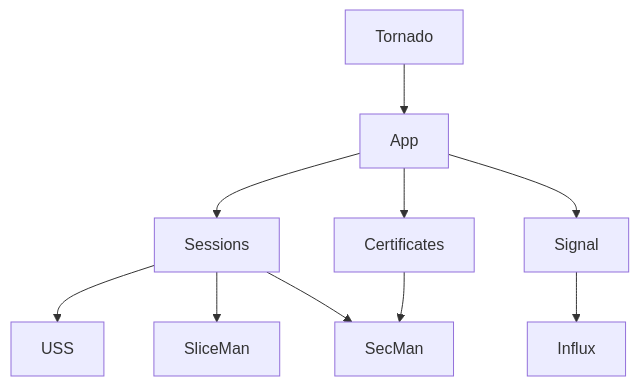
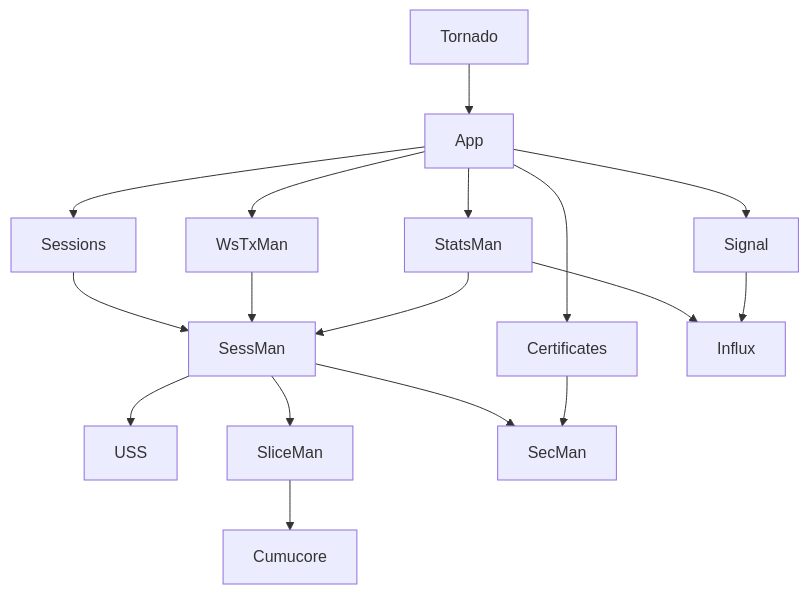
Before and after one commit to flyvercity/iot-ngin-c2ng: the third of 8 diagrams in docs/GENERAL.md, drawn with Mermaid. The commit also changed other lines of this file and 2 other files, not shown here.

````diff
--- a/docs/GENERAL.md
+++ b/docs/GENERAL.md
@@ -105,12 +135,19 @@
 ```mermaid
 flowchart
     Tornado --> App
     App --> Sessions
     App --> Certificates
     App --> Signal
-    Sessions --> USS
-    Sessions --> SliceMan
-    Sessions --> SecMan
+    App --> StatsMan
+    App --> WsTxMan
+    Sessions --> SessMan
+    WsTxMan --> SessMan
+    SessMan --> USS
+    SessMan --> SliceMan
+    SessMan --> SecMan
+    StatsMan --> Influx
+    StatsMan --> SessMan
     Certificates --> SecMan
     Signal --> Influx
+    SliceMan --> Cumucore
 ```
````
